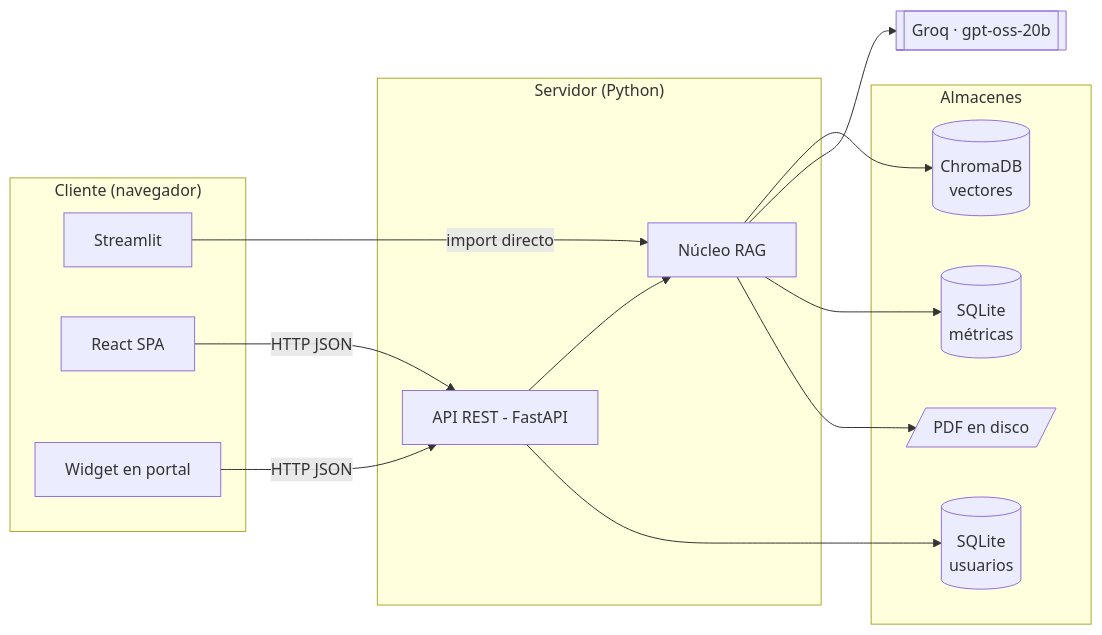
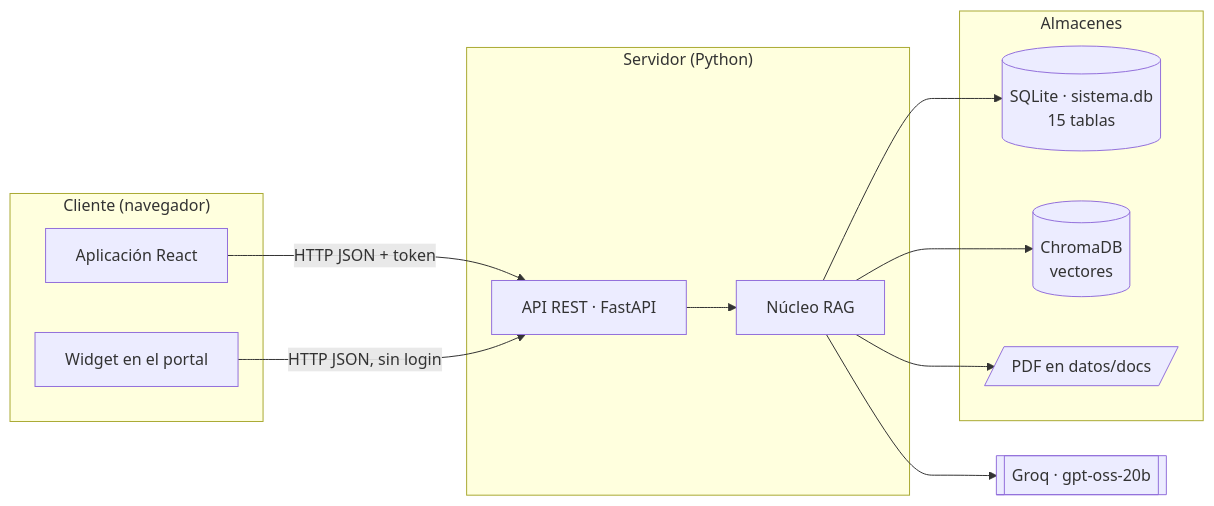
The first of 2 diagrams in documentacion/DISENO_ARQUITECTURA.md (AlexJavierQ/Tesis), drawn with Mermaid before and after one commit. The commit also changed other lines of this file and 51 other files, not shown here.

````diff
--- a/documentacion/DISENO_ARQUITECTURA.md
+++ b/documentacion/DISENO_ARQUITECTURA.md
@@ -5,32 +5,28 @@
 ```mermaid
 flowchart LR
     subgraph Cliente["Cliente (navegador)"]
-        S[Streamlit]
-        R[React SPA]
-        W[Widget en portal]
+        R[Aplicación React]
+        W[Widget en el portal]
     end
 
     subgraph Servidor["Servidor (Python)"]
-        A[API REST - FastAPI]
+        A[API REST · FastAPI]
         N[Núcleo RAG]
     end
 
     subgraph Datos["Almacenes"]
+        S[(SQLite · sistema.db<br/>15 tablas)]
         Ch[(ChromaDB<br/>vectores)]
-        U[(SQLite<br/>usuarios)]
-        M[(SQLite<br/>métricas)]
-        F[/PDF en disco/]
+        F[/PDF en datos/docs/]
     end
 
     LLM[[Groq · gpt-oss-20b]]
 
-    S -->|import directo| N
-    R -->|HTTP JSON| A
-    W -->|HTTP JSON| A
+    R -->|HTTP JSON + token| A
+    W -->|HTTP JSON, sin login| A
     A --> N
+    N --> S
     N --> Ch
+    N --> F
     N --> LLM
-    N --> M
-    A --> U
-    N --> F
 ```
````
